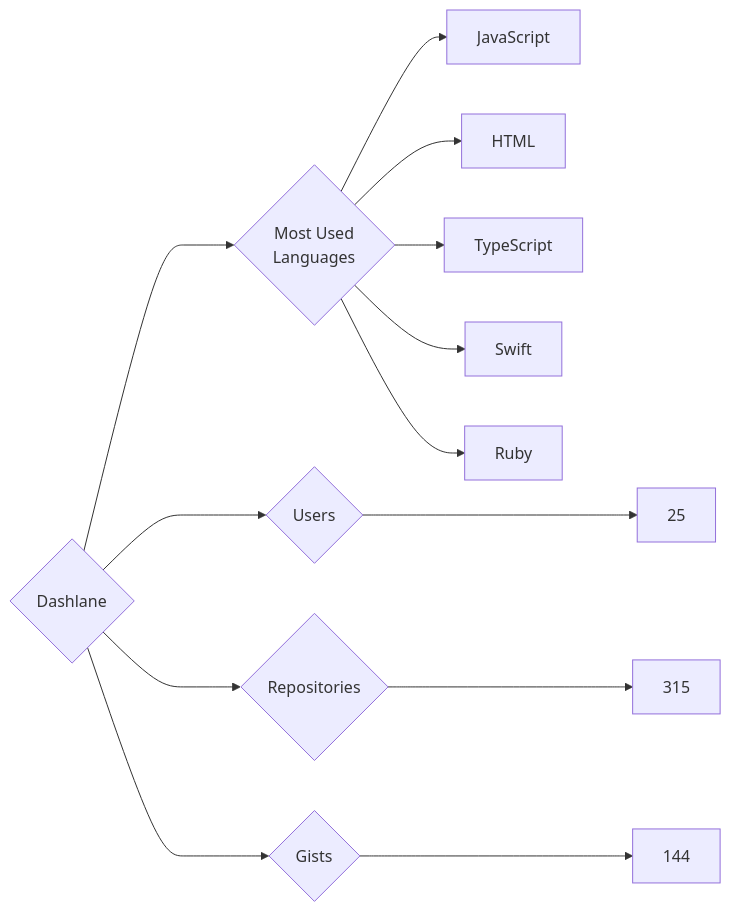
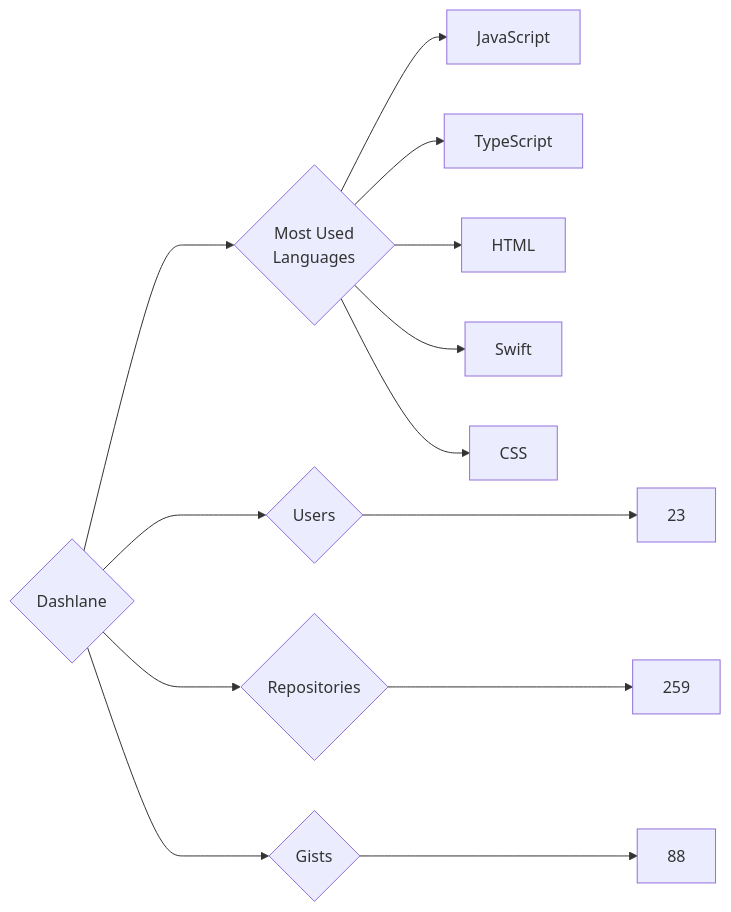
The diagram in targets/Dashlane/README.md (trickest/insiders), drawn with Mermaid before and after one commit. The commit also changed 900 other files, not shown here.

````diff
--- a/targets/Dashlane/README.md
+++ b/targets/Dashlane/README.md
@@ -3,13 +3,13 @@
 ```mermaid
 graph LR
 COMPANY_NAME{Dashlane}
-COMPANY_NAME ---> U{Users} ---> UN[25]
-COMPANY_NAME ---> R{Repositories} ---> RN[315]
-COMPANY_NAME ---> G{Gists} ---> GN[144]
+COMPANY_NAME ---> U{Users} ---> UN[23]
+COMPANY_NAME ---> R{Repositories} ---> RN[259]
+COMPANY_NAME ---> G{Gists} ---> GN[88]
 COMPANY_NAME ---> ML{Most Used<br>Languages}
 ML --> JavaScript[JavaScript]
+ML --> TypeScript[TypeScript]
 ML --> HTML[HTML]
-ML --> TypeScript[TypeScript]
 ML --> Swift[Swift]
-ML --> Ruby[Ruby]
+ML --> CSS[CSS]
 ```
````
